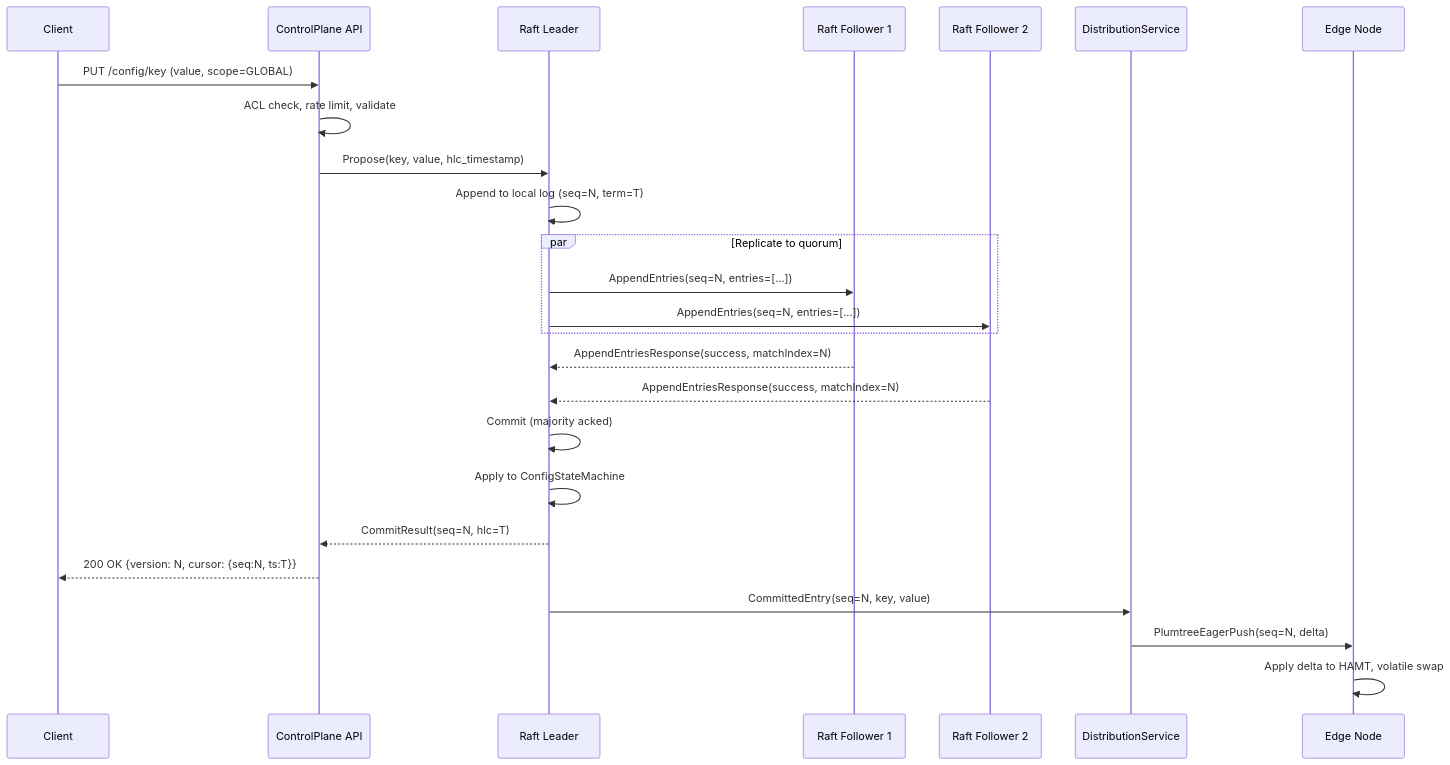
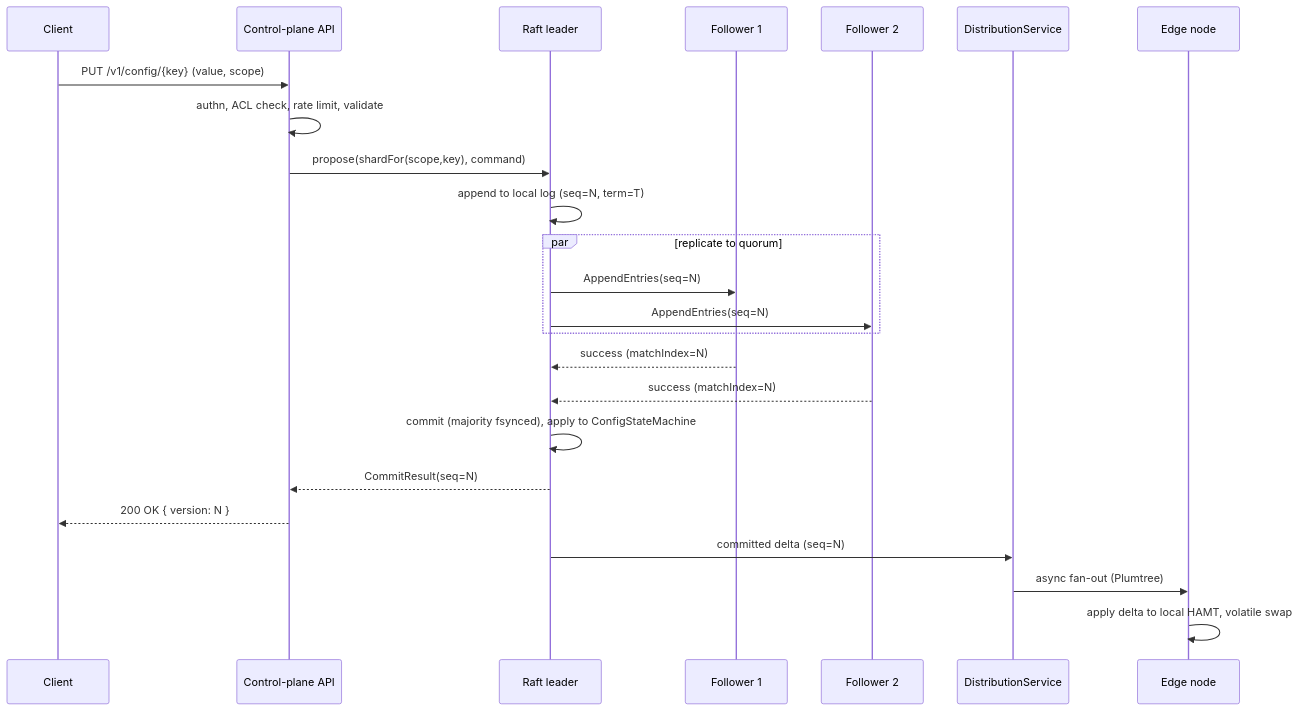
The second of 3 diagrams in docs/architecture/architecture.md (hyperxpro/Configd), drawn with Mermaid before and after one commit. The commit also changed other lines of this file and 68 other files, not shown here.

````diff
--- a/docs/architecture/architecture.md
+++ b/docs/architecture/architecture.md
@@ -48,28 +80,27 @@
 ```mermaid
 sequenceDiagram
     participant C as Client
-    participant API as ControlPlane API
-    participant R as Raft Leader
-    participant F1 as Raft Follower 1
-    participant F2 as Raft Follower 2
+    participant API as Control-plane API
+    participant R as Raft leader
+    participant F1 as Follower 1
+    participant F2 as Follower 2
     participant D as DistributionService
-    participant E as Edge Node
+    participant E as Edge node
 
-    C->>API: PUT /config/key (value, scope=GLOBAL)
-    API->>API: ACL check, rate limit, validate
-    API->>R: Propose(key, value, hlc_timestamp)
-    R->>R: Append to local log (seq=N, term=T)
-    par Replicate to quorum
-        R->>F1: AppendEntries(seq=N, entries=[...])
-        R->>F2: AppendEntries(seq=N, entries=[...])
+    C->>API: PUT /v1/config/{key} (value, scope)
+    API->>API: authn, ACL check, rate limit, validate
+    API->>R: propose(shardFor(scope,key), command)
+    R->>R: append to local log (seq=N, term=T)
+    par replicate to quorum
+        R->>F1: AppendEntries(seq=N)
+        R->>F2: AppendEntries(seq=N)
     end
-    F1-->>R: AppendEntriesResponse(success, matchIndex=N)
-    F2-->>R: AppendEntriesResponse(success, matchIndex=N)
-    R->>R: Commit (majority acked)
-    R->>R: Apply to ConfigStateMachine
-    R-->>API: CommitResult(seq=N, hlc=T)
-    API-->>C: 200 OK {version: N, cursor: {seq:N, ts:T}}
-    R->>D: CommittedEntry(seq=N, key, value)
-    D->>E: PlumtreeEagerPush(seq=N, delta)
-    E->>E: Apply delta to HAMT, volatile swap
+    F1-->>R: success (matchIndex=N)
+    F2-->>R: success (matchIndex=N)
+    R->>R: commit (majority fsynced), apply to ConfigStateMachine
+    R-->>API: CommitResult(seq=N)
+    API-->>C: 200 OK { version: N }
+    R->>D: committed delta (seq=N)
+    D->>E: async fan-out (Plumtree)
+    E->>E: apply delta to local HAMT, volatile swap
 ```
````
